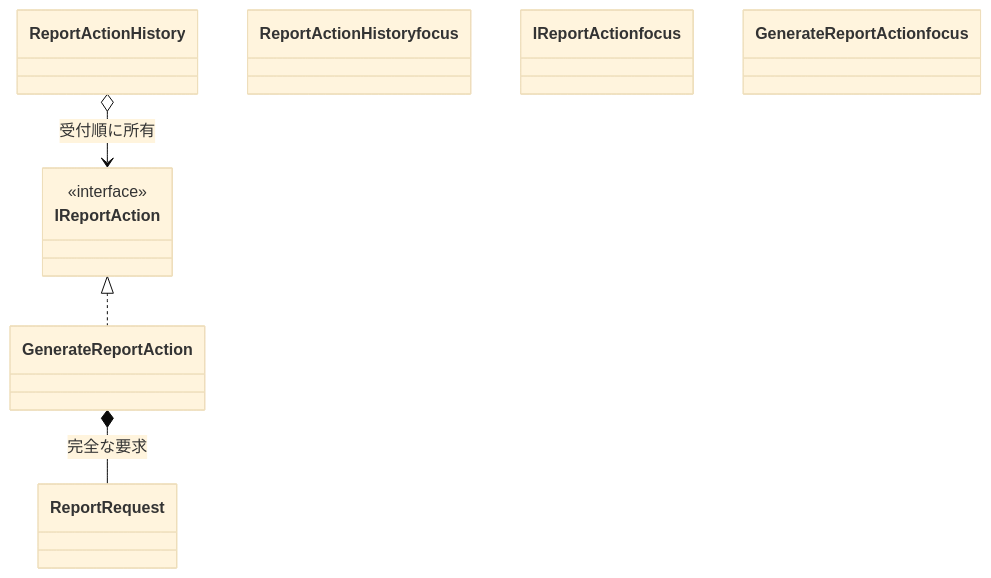
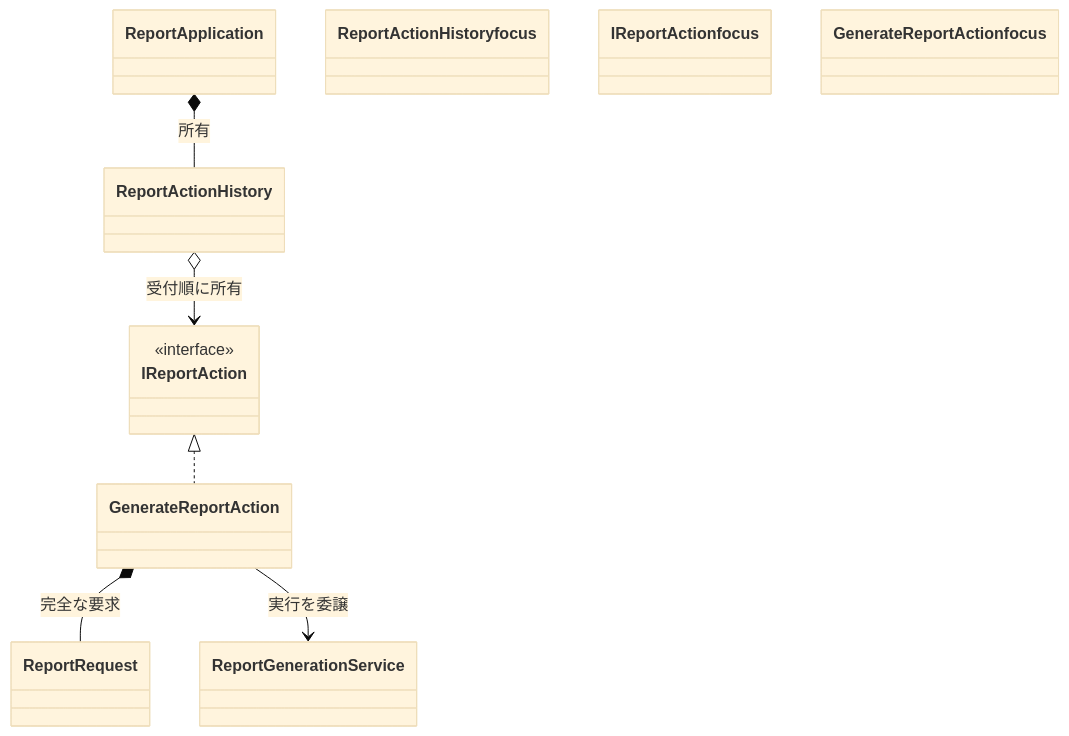
The eighth of 18 diagrams in kindle/design-patterns/output/chapter11.md (kumachan1101-pixel/DesignPattern), drawn with Mermaid (base theme) before and after one commit. The commit also changed other lines of this file and 26 other files, not shown here.

````diff
--- a/kindle/design-patterns/output/chapter11.md
+++ b/kindle/design-patterns/output/chapter11.md
@@ -1205,14 +1277,18 @@
 ```mermaid
 classDiagram
+    class ReportApplication
     class ReportActionHistory
     class IReportAction { <<interface>> }
     class GenerateReportAction
     class ReportRequest
+    class ReportGenerationService
+    ReportApplication *-- ReportActionHistory : 所有
     ReportActionHistory o--> IReportAction : 受付順に所有
     IReportAction <|.. GenerateReportAction
     GenerateReportAction *-- ReportRequest : 完全な要求
+    GenerateReportAction --> ReportGenerationService : 実行を委譲
     class ReportActionHistory focus
     class IReportAction focus
     class GenerateReportAction focus
     classDef focus fill:#FFF2CC,stroke:#D6B656,stroke-width:2px
 ```
````
